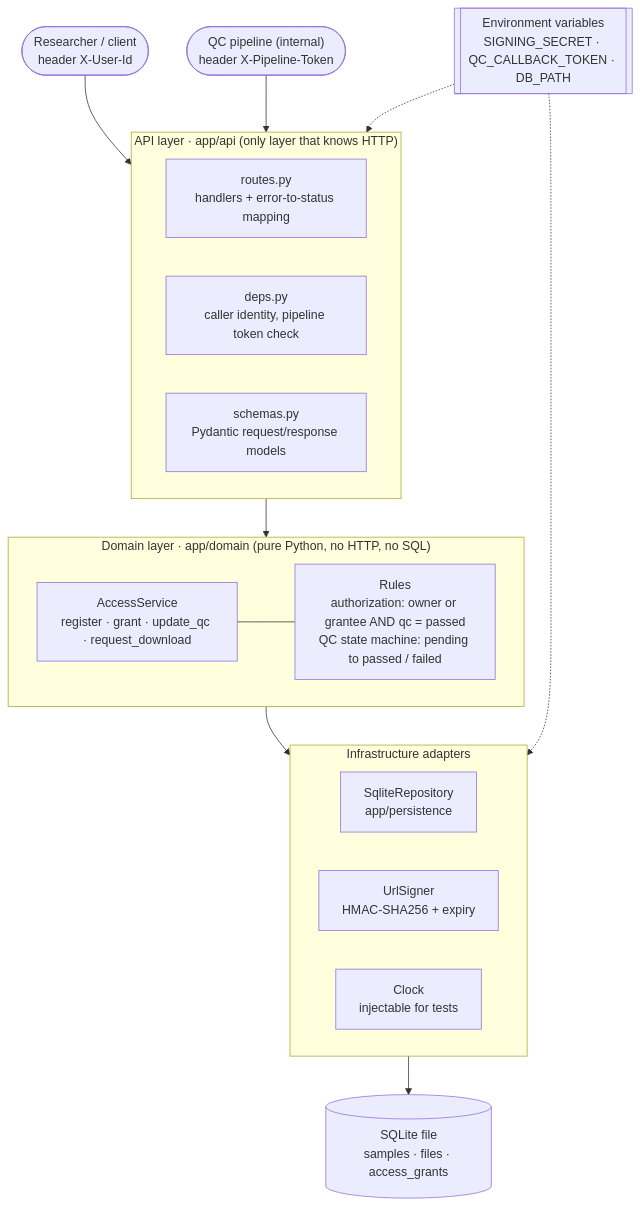
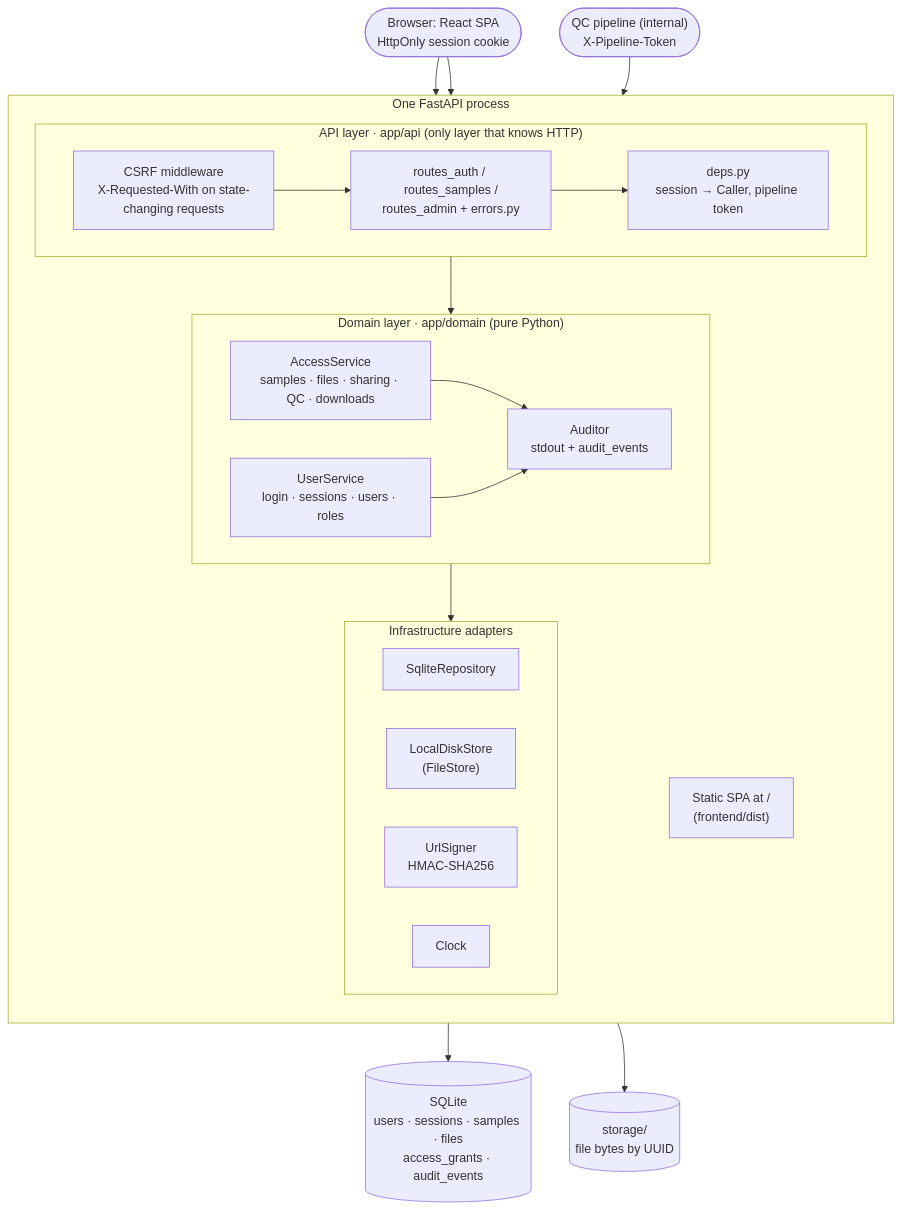
One commit to smitshah06/Sample-File-Access-Service changed the first of 10 diagrams in docs/implementation-plan.md. Above: the diagram before and after it, drawn with Mermaid. The commit also changed other lines of this file and 64 other files, not shown here.

First line of the commit message:
Extend the service: UI, sign-in, roles, uploads, and review fixes

````diff
--- a/docs/implementation-plan.md
+++ b/docs/implementation-plan.md
@@ -94,32 +139,41 @@
 ```mermaid
 flowchart TB
-  user(["Researcher / client<br/>header X-User-Id"])
-  pipe(["QC pipeline (internal)<br/>header X-Pipeline-Token"])
-  subgraph api["API layer · app/api  (only layer that knows HTTP)"]
-    direction LR
-    routes["routes.py<br/>handlers + error-to-status mapping"]
-    deps["deps.py<br/>caller identity, pipeline token check"]
-    schemas["schemas.py<br/>Pydantic request/response models"]
+  browser(["Browser: React SPA<br/>HttpOnly session cookie"])
+  pipe(["QC pipeline (internal)<br/>X-Pipeline-Token"])
+  subgraph proc["One FastAPI process"]
+    direction TB
+    spa["Static SPA at /<br/>(frontend/dist)"]
+    subgraph api["API layer · app/api (only layer that knows HTTP)"]
+      direction LR
+      mw["CSRF middleware<br/>X-Requested-With on state-changing requests"]
+      deps["deps.py<br/>session → Caller, pipeline token"]
+      routes["routes_auth / routes_samples /<br/>routes_admin + errors.py"]
+    end
+    subgraph dom["Domain layer · app/domain (pure Python)"]
+      direction LR
+      access["AccessService<br/>samples · files · sharing · QC · downloads"]
+      users["UserService<br/>login · sessions · users · roles"]
+      audit["Auditor<br/>stdout + audit_events"]
+    end
+    subgraph infra["Infrastructure adapters"]
+      direction LR
+      repo["SqliteRepository"]
+      store["LocalDiskStore<br/>(FileStore)"]
+      signer["UrlSigner<br/>HMAC-SHA256"]
+      clock["Clock"]
+    end
   end
-  subgraph dom["Domain layer · app/domain  (pure Python, no HTTP, no SQL)"]
-    direction LR
-    service["AccessService<br/>register · grant · update_qc · request_download"]
-    rules["Rules<br/>authorization: owner or grantee AND qc = passed<br/>QC state machine: pending to passed / failed"]
-  end
-  subgraph infra["Infrastructure adapters"]
-    direction LR
-    repo["SqliteRepository<br/>app/persistence"]
-    signer["UrlSigner<br/>HMAC-SHA256 + expiry"]
-    clock["Clock<br/>injectable for tests"]
-  end
-  db[("SQLite file<br/>samples · files · access_grants")]
-  env[["Environment variables<br/>SIGNING_SECRET · QC_CALLBACK_TOKEN · DB_PATH"]]
-  user --> api
-  pipe --> api
-  api --> dom
-  service --- rules
+  db[("SQLite<br/>users · sessions · samples · files<br/>access_grants · audit_events")]
+  disk[("storage/<br/>file bytes by UUID")]
+  browser --> spa
+  browser --> mw
+  pipe --> mw
+  mw --> routes
+  routes --> deps
+  routes --> dom
+  access --> audit
+  users --> audit
   dom --> infra
   repo --> db
-  env -.-> infra
-  env -.-> api
+  store --> disk
 ```
````
